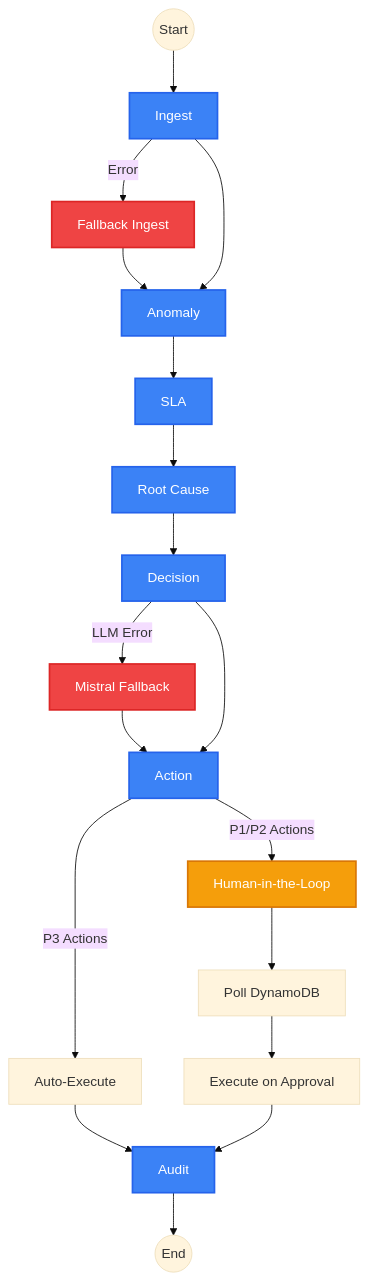
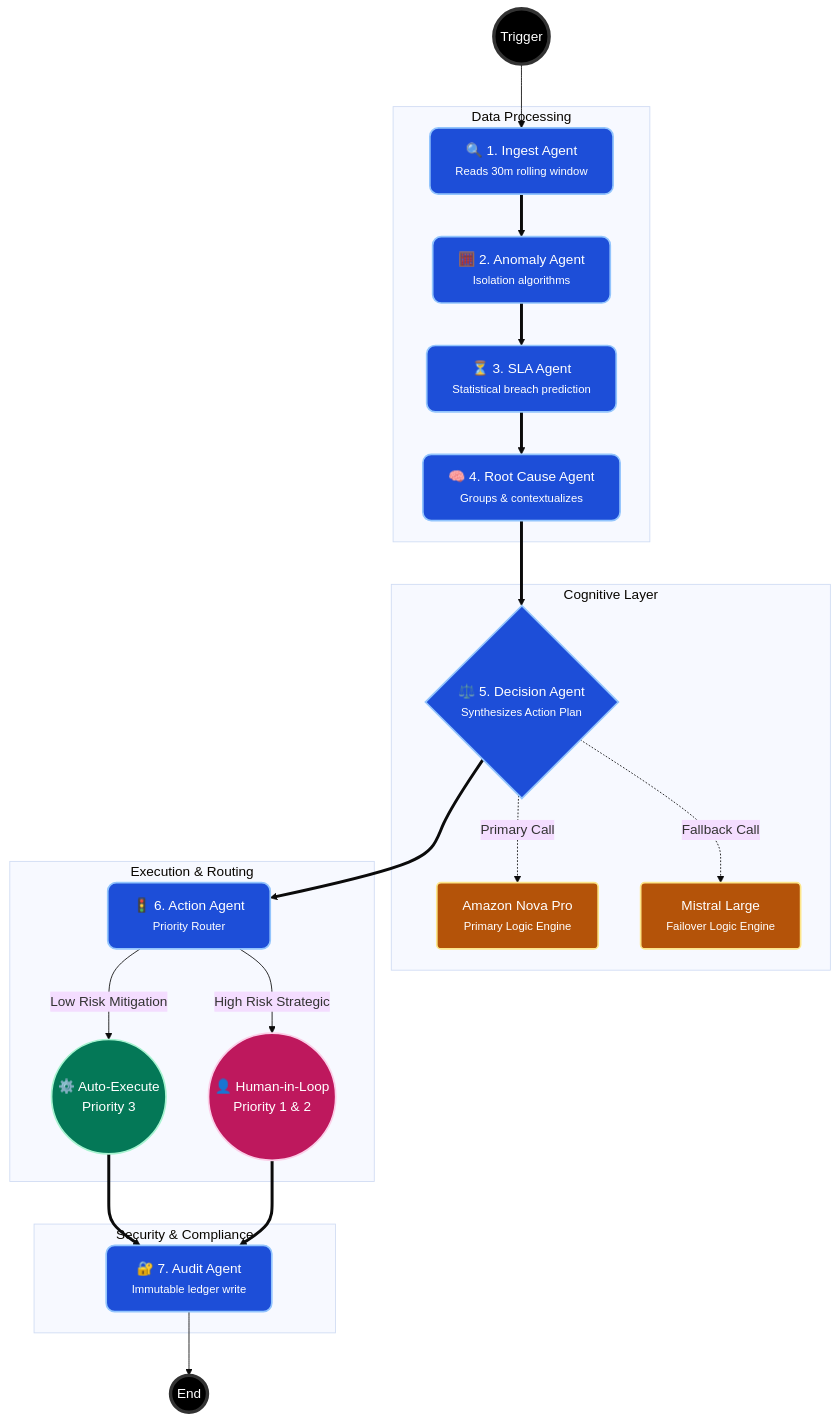
Before and after one commit to adarshcod30/Cost-Intel-Intelligence: the second of 3 diagrams in README.md, drawn with Mermaid (base theme). The commit also changed other lines of this file and 2 other files, not shown here.

Commit message:
docs: finalize narrative expansion, premium Mermaid styling, and JSON telemetry screenshots

````diff
--- a/README.md
+++ b/README.md
@@ -179,30 +191,54 @@
 ```mermaid
-graph TD
-    Start((Start)) --> I[Ingest]
-    I -- Error --> FI[Fallback Ingest]
-    FI --> A[Anomaly]
-    I --> A
-    A --> S[SLA]
-    S --> RC[Root Cause]
-    RC --> D[Decision]
-    D -- LLM Error --> MF[Mistral Fallback]
-    MF --> AC[Action]
-    D --> AC
+flowchart TB
+    %% Definitions
+    classDef startEnd fill:#000,stroke:#333,stroke-width:4px,color:#fff
+    classDef agent fill:#1d4ed8,stroke:#93c5fd,stroke-width:2px,color:#fff,rx:10,ry:10
+    classDef llm fill:#b45309,stroke:#fde68a,stroke-width:2px,color:#fff,rx:5,ry:5
+    classDef action fill:#047857,stroke:#a7f3d0,stroke-width:2px,color:#fff
+    classDef human fill:#be185d,stroke:#fbcfe8,stroke-width:2px,color:#fff
     
-    AC -- P3 Actions --> Auto[Auto-Execute]
-    AC -- P1/P2 Actions --> HITL[Human-in-the-Loop]
-    HITL --> Poll[Poll DynamoDB]
-    Poll --> Exec[Execute on Approval]
+    Start((Trigger)) --> Ingest
     
-    Auto --> AU[Audit]
-    Exec --> AU
-    AU --> End((End))
+    subgraph Data Processing
+        Ingest[🔍 1. Ingest Agent<br/><small>Reads 30m rolling window</small>]
+        Anomaly[🧮 2. Anomaly Agent<br/><small>Isolation algorithms</small>]
+        SLA[⏳ 3. SLA Agent<br/><small>Statistical breach prediction</small>]
+        RC[🧠 4. Root Cause Agent<br/><small>Groups & contextualizes</small>]
+        
+        Ingest ==> Anomaly ==> SLA ==> RC
+    end
     
-    classDef agent fill:#3B82F6,stroke:#2563EB,stroke-width:2px,color:#fff
-    classDef fallback fill:#EF4444,stroke:#DC2626,stroke-width:2px,color:#fff
-    classDef human fill:#F59E0B,stroke:#D97706,stroke-width:2px,color:#fff
+    subgraph Cognitive Layer
+        Decide{⚖️ 5. Decision Agent<br/><small>Synthesizes Action Plan</small>}
+        Nova[Amazon Nova Pro<br/><small>Primary Logic Engine</small>]
+        Mistral[Mistral Large<br/><small>Failover Logic Engine</small>]
+        
+        RC ==> Decide
+        Decide -.->|Primary Call| Nova
+        Decide -.->|Fallback Call| Mistral
+    end
     
-    class I,A,S,RC,D,AC,AU agent
-    class FI,MF fallback
+    subgraph Execution & Routing
+        Route[🚦 6. Action Agent<br/><small>Priority Router</small>]
+        Auto((⚙️ Auto-Execute<br/>Priority 3))
+        HITL((👤 Human-in-Loop<br/>Priority 1 & 2))
+        
+        Decide ==> Route
+        Route -->|Low Risk Mitigation| Auto
+        Route -->|High Risk Strategic| HITL
+    end
+    
+    subgraph Security & Compliance
+        Audit[🔐 7. Audit Agent<br/><small>Immutable ledger write</small>]
+        Auto ==> Audit
+        HITL ==> Audit
+    end
+    
+    Audit --> Finish((End))
+    
+    class Start,Finish startEnd
+    class Ingest,Anomaly,SLA,RC,Decide,Route,Audit agent
+    class Nova,Mistral llm
+    class Auto action
     class HITL human
 ```
````
